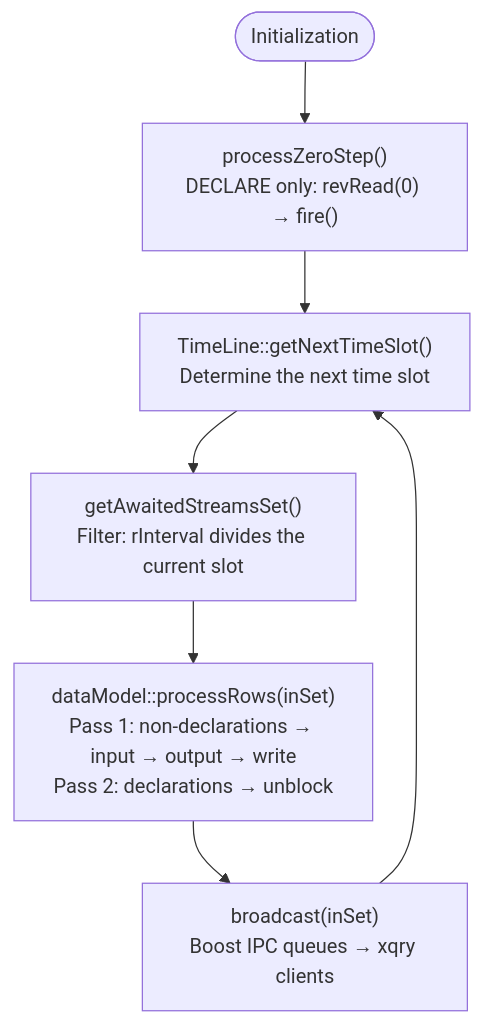
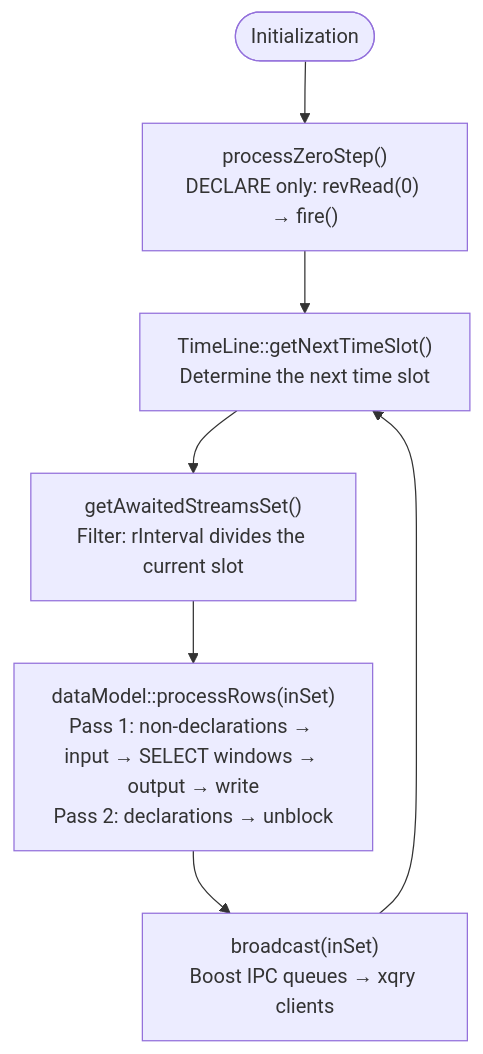
Before and after one commit to michalwidera/documentation-rdb: the first of 6 diagrams in query-execution/query-tree-traversal-algorithm.md, drawn with Mermaid. The commit also changed other lines of this file and 8 other files, not shown here.

````diff
--- a/query-execution/query-tree-traversal-algorithm.md
+++ b/query-execution/query-tree-traversal-algorithm.md
@@ -7,10 +7,10 @@
 ```mermaid
 %%{init: {"markdownAutoWrap": false}}%%
 flowchart TD
     A([Initialization]) --> B
     B["processZeroStep()<br/>DECLARE only: revRead(0) → fire()"] --> C
     C["TimeLine::getNextTimeSlot()<br/>Determine the next time slot"] --> D
     D["getAwaitedStreamsSet()<br/>Filter: rInterval divides the current slot"] --> E
-    E["dataModel::processRows(inSet)<br/>Pass 1: non-declarations → input → output → write<br/>Pass 2: declarations → unblock"] --> F
+    E["dataModel::processRows(inSet)<br/>Pass 1: non-declarations → input → SELECT windows → output → write<br/>Pass 2: declarations → unblock"] --> F
     F["broadcast(inSet)<br/>Boost IPC queues → xqry clients"] --> C
 ```
````
